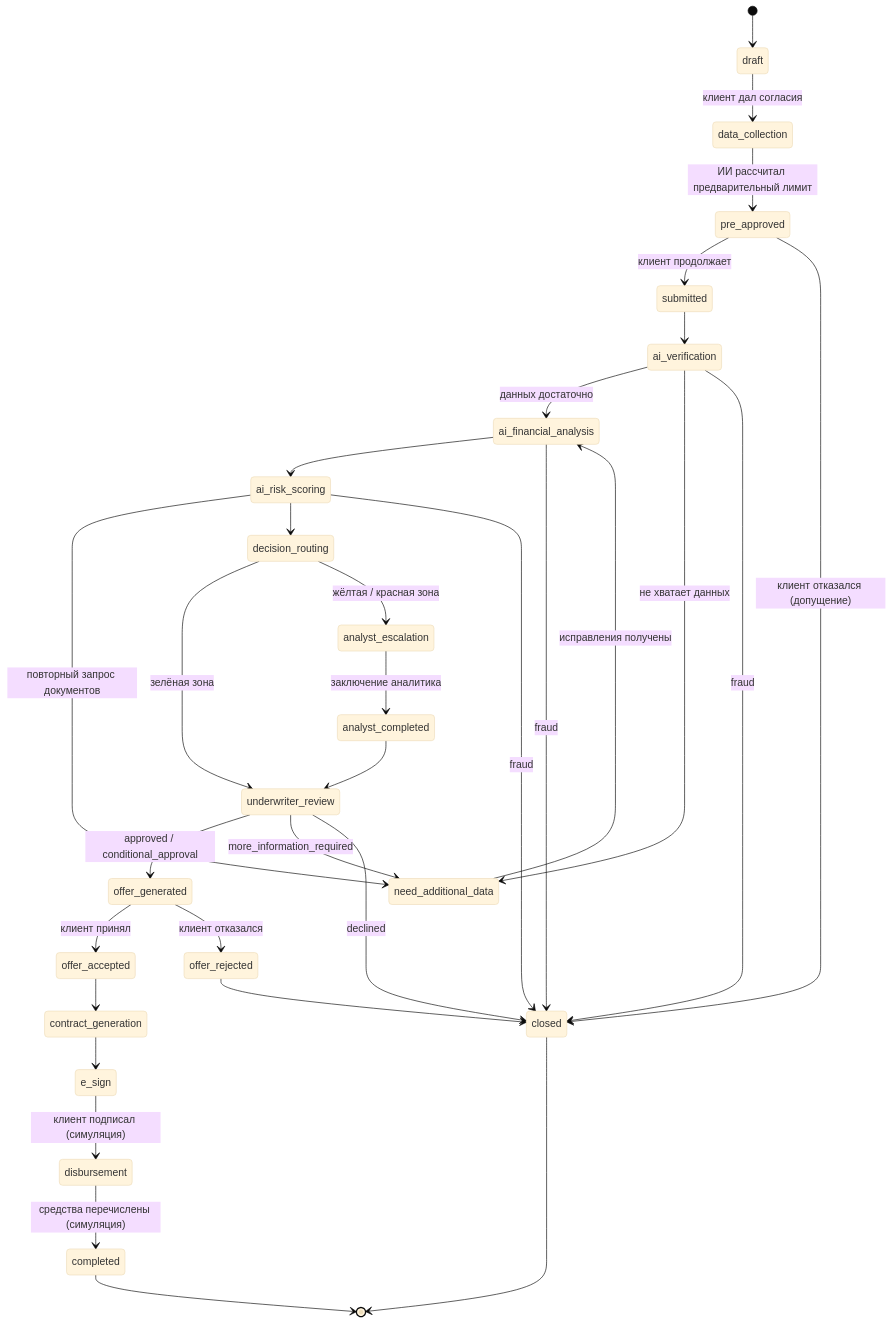
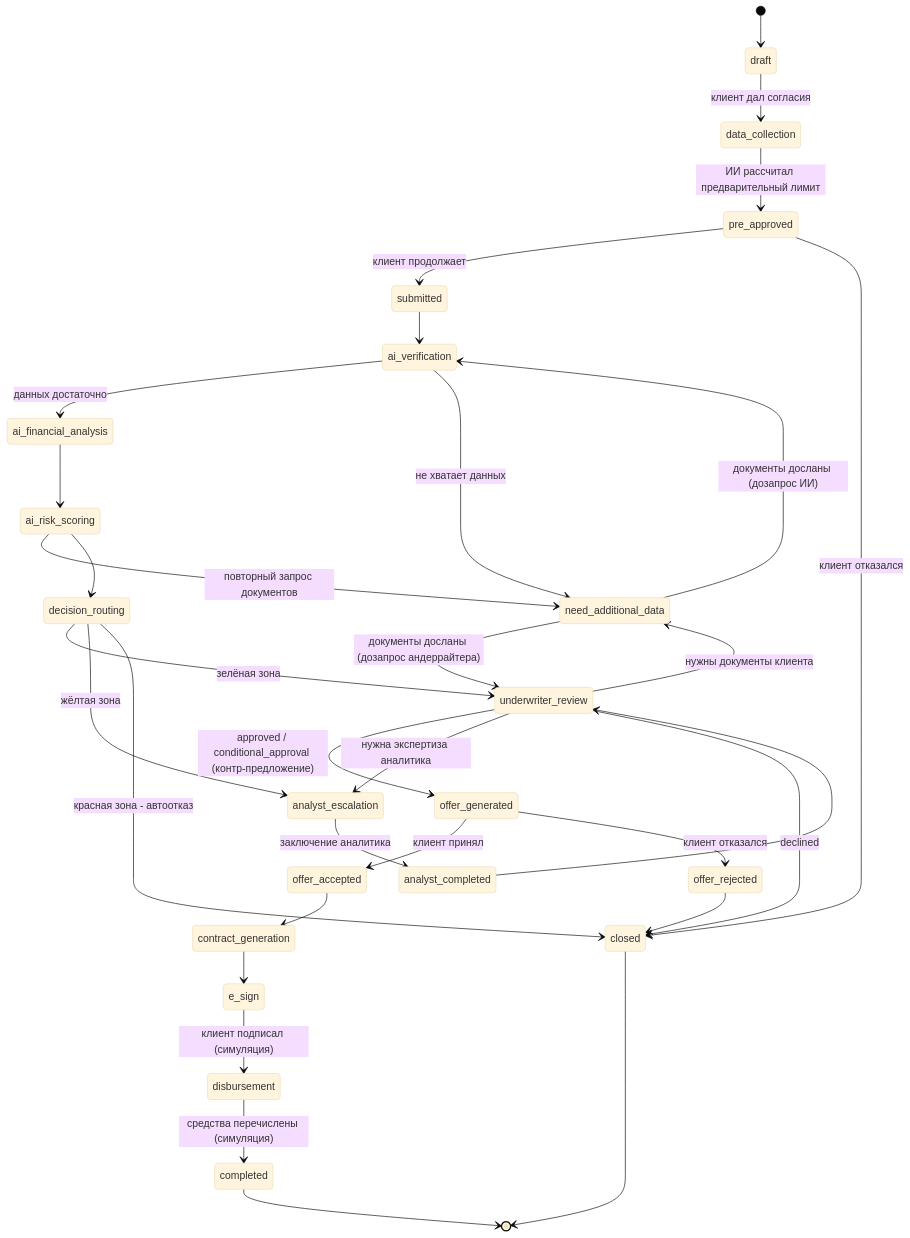
The diagram in docs/application-lifecycle.md (makarovaeva/smart-credit-online-office), drawn with Mermaid (base theme) before and after one commit. The commit also changed other lines of this file and 17 other files, not shown here.

````diff
--- a/docs/application-lifecycle.md
+++ b/docs/application-lifecycle.md
@@ -7,40 +7,39 @@
 ```mermaid
 stateDiagram-v2
     [*] --> draft
     draft --> data_collection: клиент дал согласия
     data_collection --> pre_approved: ИИ рассчитал предварительный лимит
     pre_approved --> submitted: клиент продолжает
-    pre_approved --> closed: клиент отказался (допущение)
+    pre_approved --> closed: клиент отказался
 
     submitted --> ai_verification
     ai_verification --> ai_financial_analysis: данных достаточно
     ai_verification --> need_additional_data: не хватает данных
-    need_additional_data --> ai_financial_analysis: исправления получены
+    need_additional_data --> ai_verification: документы досланы (дозапрос ИИ)
+    need_additional_data --> underwriter_review: документы досланы (дозапрос андеррайтера)
     ai_financial_analysis --> ai_risk_scoring
     ai_risk_scoring --> need_additional_data: повторный запрос документов
     ai_risk_scoring --> decision_routing
 
-    ai_verification --> closed: fraud
-    ai_financial_analysis --> closed: fraud
-    ai_risk_scoring --> closed: fraud
-
     decision_routing --> underwriter_review: зелёная зона
-    decision_routing --> analyst_escalation: жёлтая / красная зона
+    decision_routing --> analyst_escalation: жёлтая зона
+    decision_routing --> closed: красная зона - автоотказ
     analyst_escalation --> analyst_completed: заключение аналитика
     analyst_completed --> underwriter_review
 
-    underwriter_review --> offer_generated: approved / conditional_approval
-    underwriter_review --> need_additional_data: more_information_required
+    underwriter_review --> offer_generated: approved / conditional_approval (контр-предложение)
+    underwriter_review --> need_additional_data: нужны документы клиента
+    underwriter_review --> analyst_escalation: нужна экспертиза аналитика
     underwriter_review --> closed: declined
 
     offer_generated --> offer_accepted: клиент принял
     offer_generated --> offer_rejected: клиент отказался
     offer_rejected --> closed
     offer_accepted --> contract_generation
     contract_generation --> e_sign
     e_sign --> disbursement: клиент подписал (симуляция)
     disbursement --> completed: средства перечислены (симуляция)
 
     completed --> [*]
     closed --> [*]
 ```
````
